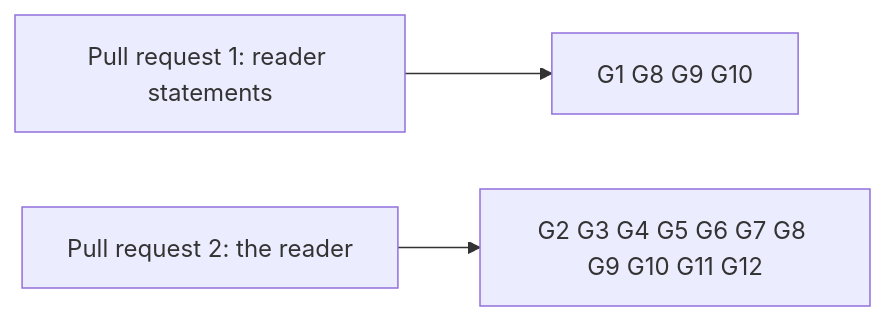
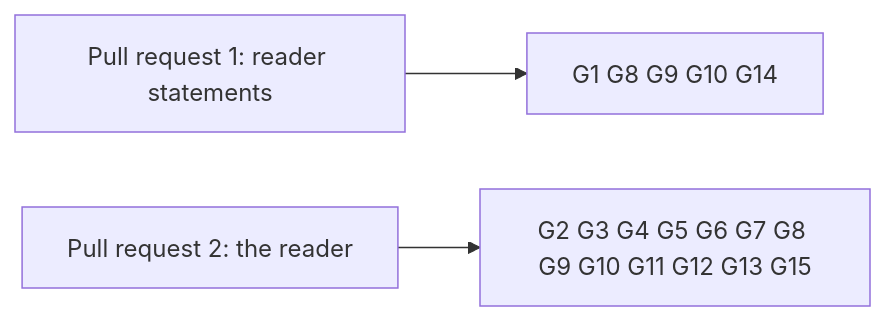
The diagram in specs/744-registry-reader/gate.md (lambdasistemi/singular), drawn with Mermaid before and after one commit. The commit also changed other lines of this file and 3 other files, not shown here.

````diff
--- a/specs/744-registry-reader/gate.md
+++ b/specs/744-registry-reader/gate.md
@@ -35,5 +38,5 @@
 ```mermaid
 flowchart LR
-    P1[Pull request 1: reader statements] --> R1[G1 G8 G9 G10]
-    P2[Pull request 2: the reader] --> R2[G2 G3 G4 G5 G6 G7 G8 G9 G10 G11 G12]
+    P1[Pull request 1: reader statements] --> R1[G1 G8 G9 G10 G14]
+    P2[Pull request 2: the reader] --> R2[G2 G3 G4 G5 G6 G7 G8 G9 G10 G11 G12 G13 G15]
 ```
````
